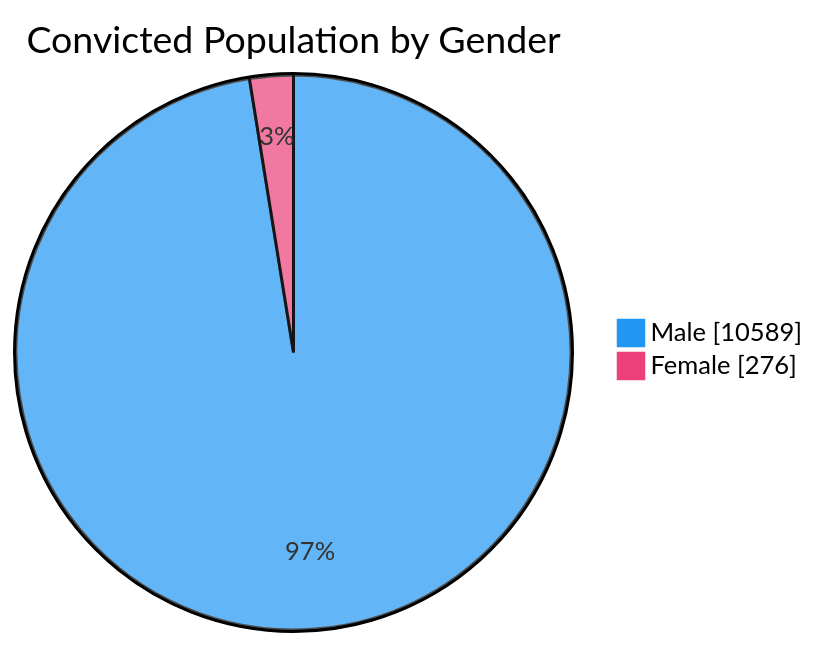
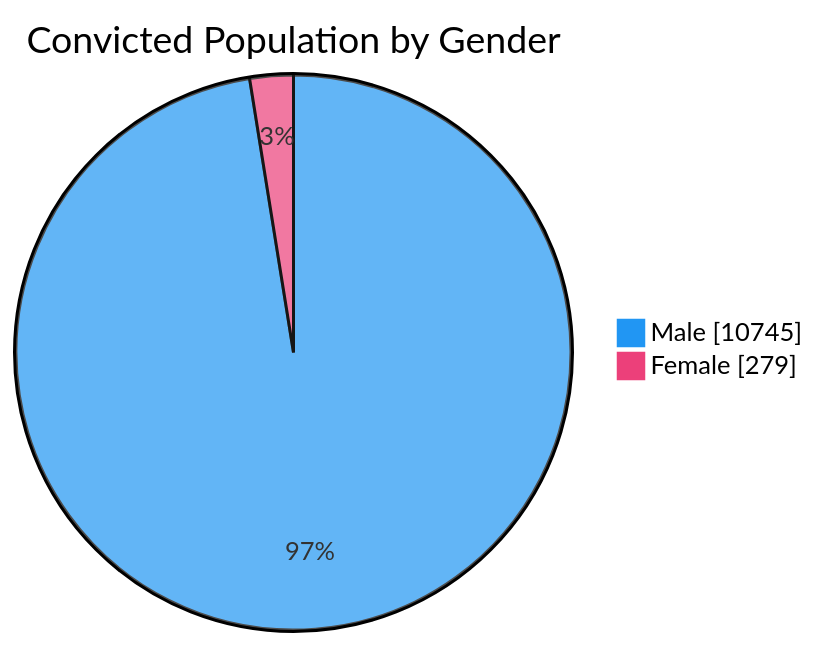
Before and after one commit to nuuuwan/lk_prisons: the third of 7 diagrams in README.md, drawn with Mermaid. The commit also changed other lines of this file and 1 other file, not shown here.

````diff
--- a/README.md
+++ b/README.md
@@ -65,6 +65,6 @@
 ```mermaid
 %%{init: {'themeVariables': {'pie1': '#2196F3', 'pie2': '#EC407A'}}}%%
 pie showData title Convicted Population by Gender
-    "Male" : 10589
-    "Female" : 276
+    "Male" : 10745
+    "Female" : 279
 ```
````
